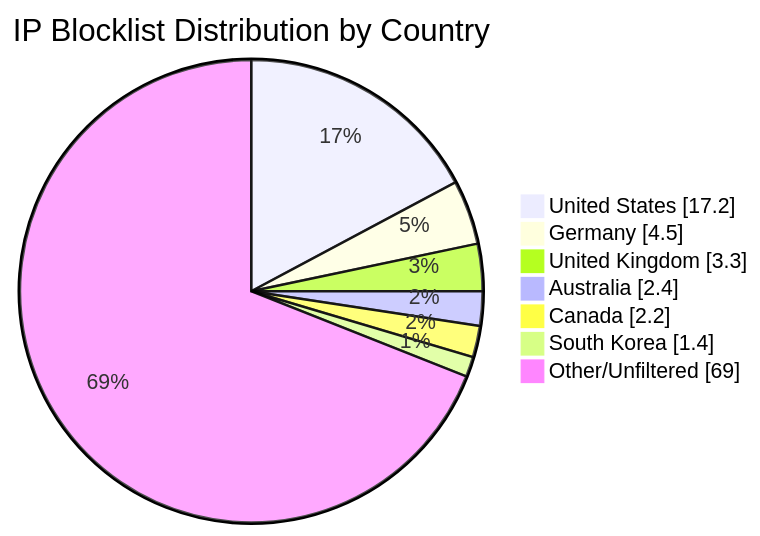
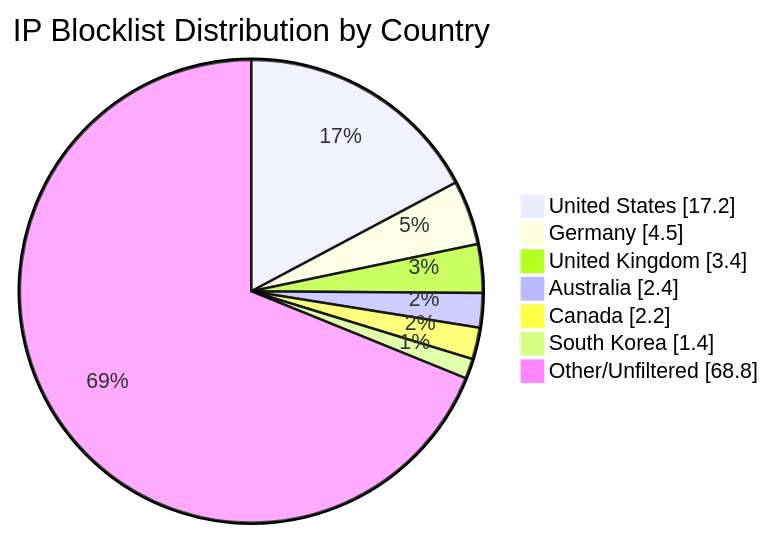
Before and after one commit to MarcusHoltz/ipblocklist-geofiltered-aggregator: the diagram in README.md, drawn with Mermaid. The commit also changed other lines of this file and 9 other files, not shown here.

````diff
--- a/README.md
+++ b/README.md
@@ -34,10 +34,10 @@
 ```mermaid
 pie showData title IP Blocklist Distribution by Country
 "United States" : 17.2
 "Germany" : 4.5
-"United Kingdom" : 3.3
+"United Kingdom" : 3.4
 "Australia" : 2.4
 "Canada" : 2.2
 "South Korea" : 1.4
-"Other/Unfiltered" : 69.0
+"Other/Unfiltered" : 68.8
 ```
````
